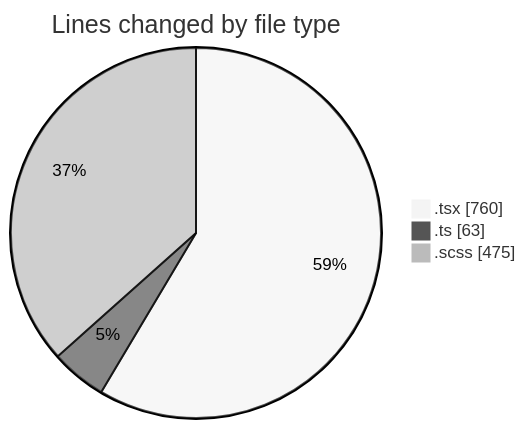
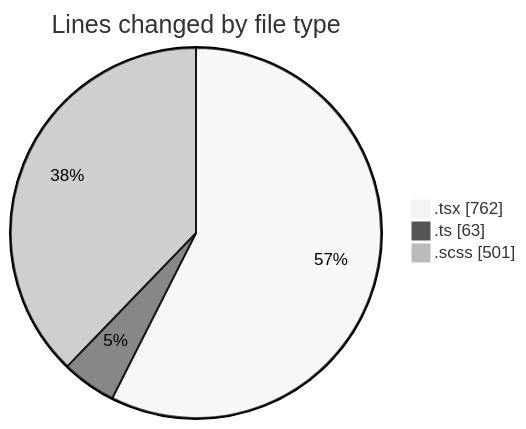
One commit to momahboobian/code-tracking changed the first of 2 diagrams in 2025-04-02/cda/README.md. Above: the diagram before and after it, drawn with Mermaid (neutral theme). The commit also changed other lines of this file and 1 other file, not shown here.

````diff
--- a/2025-04-02/cda/README.md
+++ b/2025-04-02/cda/README.md
@@ -26,7 +26,7 @@
 ```mermaid
 pie showData
 title Lines changed by file type
-".tsx" : 760
+".tsx" : 762
 ".ts" : 63
-".scss" : 475
+".scss" : 501
 ```
````
